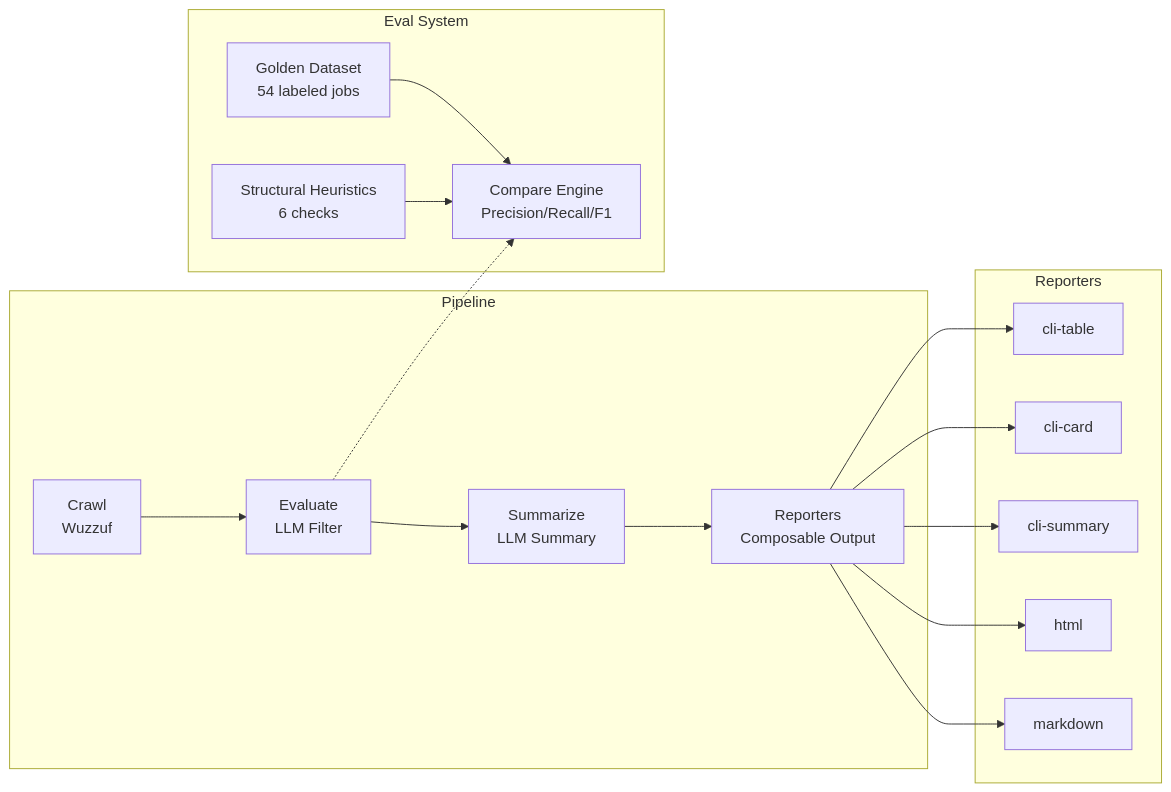
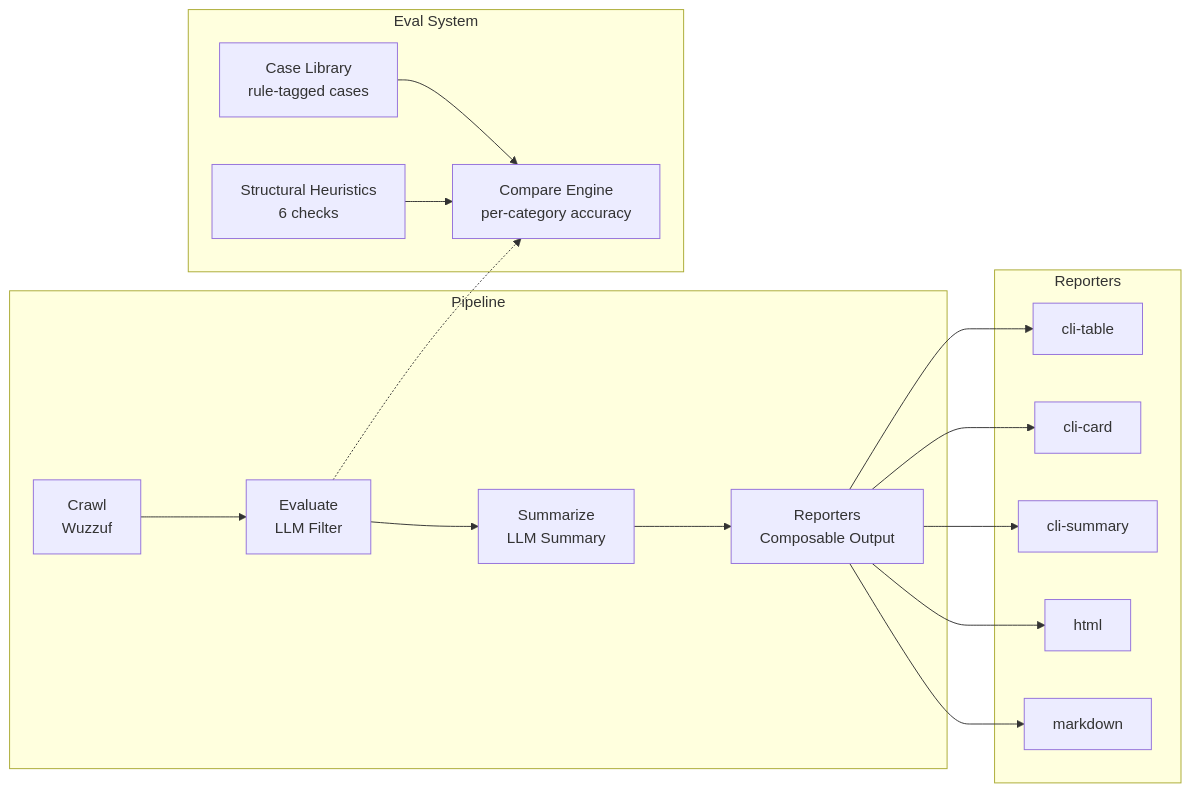
Before and after one commit to nightknighto/AI-powered-job-crawler: the diagram in README.md, drawn with Mermaid. The commit also changed other lines of this file and 28 other files, not shown here.

````diff
--- a/README.md
+++ b/README.md
@@ -39,29 +39,29 @@
 ```mermaid
 flowchart LR
   subgraph Pipeline
     A[Crawl<br/>Wuzzuf] --> B[Evaluate<br/>LLM Filter]
     B --> C[Summarize<br/>LLM Summary]
     C --> D[Reporters<br/>Composable Output]
   end
 
   subgraph Eval System
-    E[Golden Dataset<br/>54 labeled jobs] --> F[Compare Engine<br/>Precision/Recall/F1]
+    E[Case Library<br/>rule-tagged cases] --> F[Compare Engine<br/>per-category accuracy]
     G[Structural Heuristics<br/>6 checks] --> F
   end
 
   B -.-> F
 
   subgraph Reporters
     D1[cli-table] 
     D2[cli-card]
     D3[cli-summary]
     D4[html]
     D5[markdown]
   end
 
   D --> D1
   D --> D2
   D --> D3
   D --> D4
   D --> D5
 ```
````
